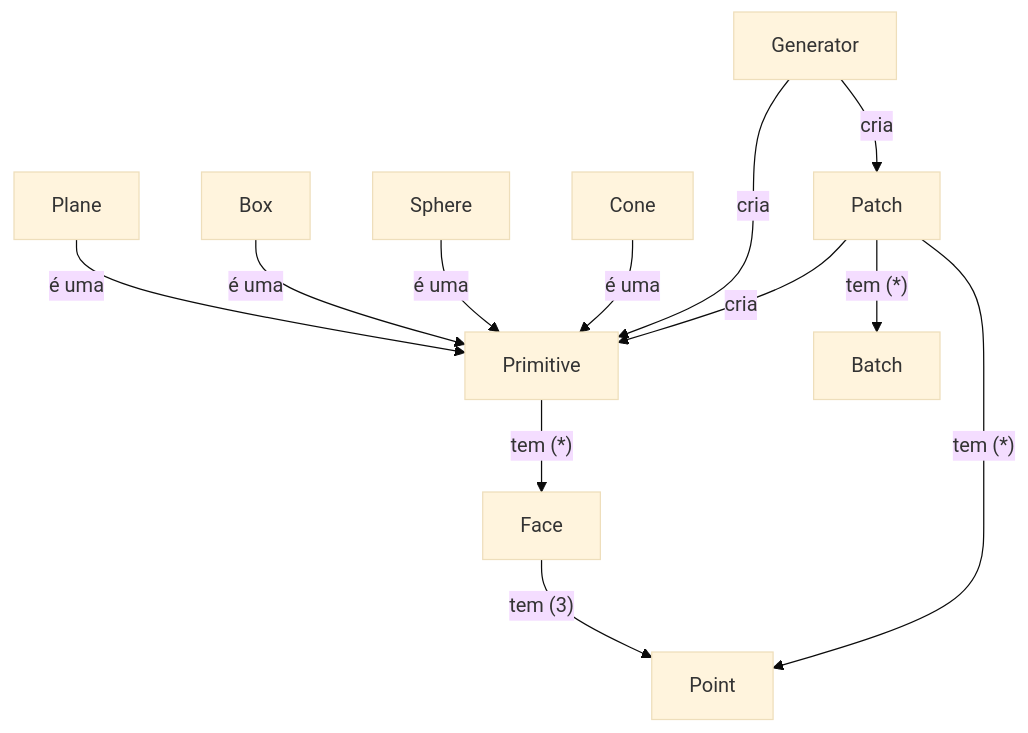
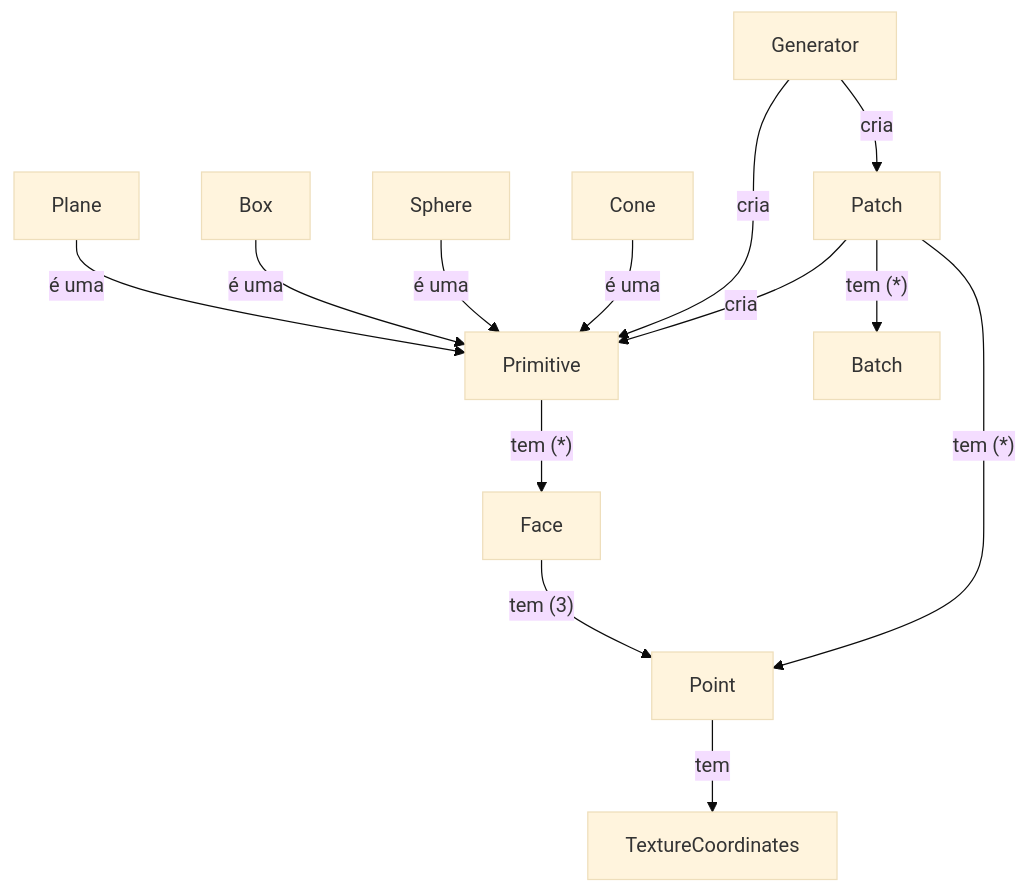
Before and after one commit to guinucool/ProjCompGrafica24UM: the fourth of 4 diagrams in README.md, drawn with Mermaid (base theme). The commit also changed other lines of this file and 4 other files, not shown here.

````diff
--- a/README.md
+++ b/README.md
@@ -395,14 +403,15 @@
 ```mermaid
 graph TD
     Primitive-- tem (*) -->Face
     Face-- tem (3) -->Point
+    Point-- tem -->TextureCoordinates
     Plane-- é uma -->Primitive
     Box-- é uma -->Primitive
     Sphere-- é uma -->Primitive
     Cone-- é uma -->Primitive
     Generator-- cria -->Primitive
     Generator-- cria -->Patch
     Patch-- cria -->Primitive
     Patch-- tem (*) -->Batch
     Patch-- tem (*) -->Point
 ```
````
